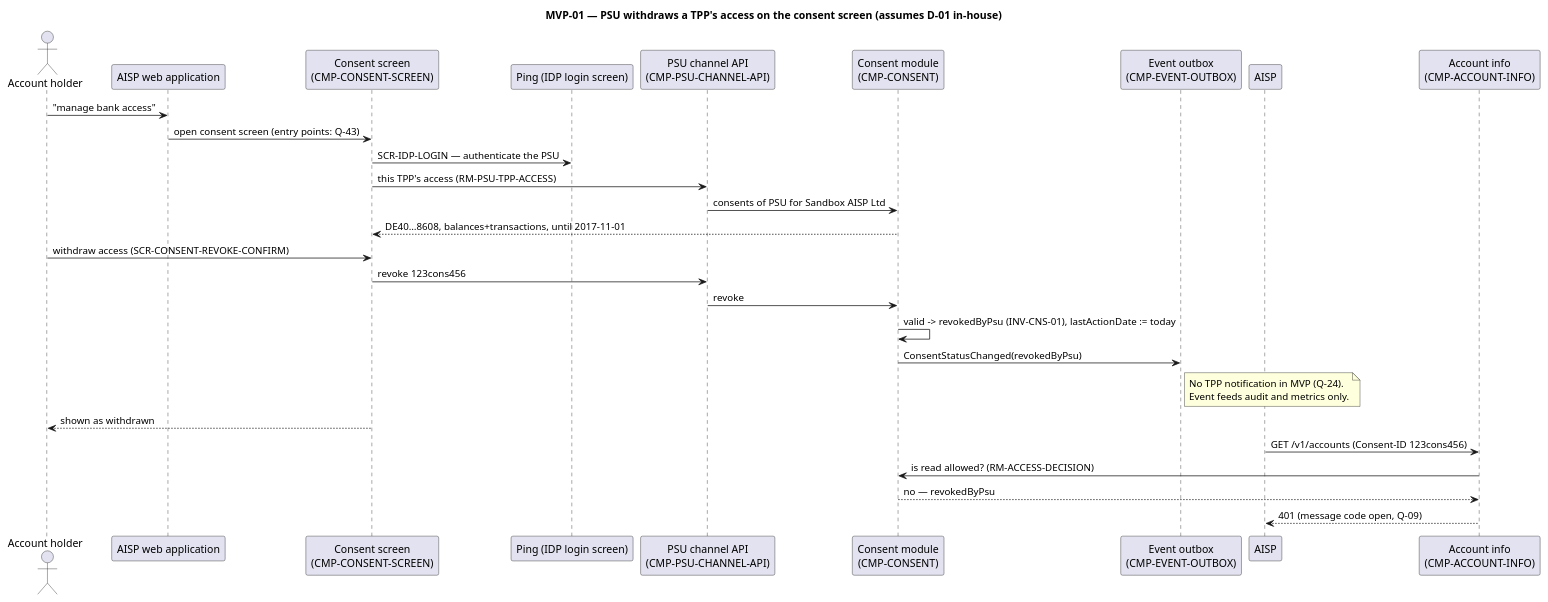
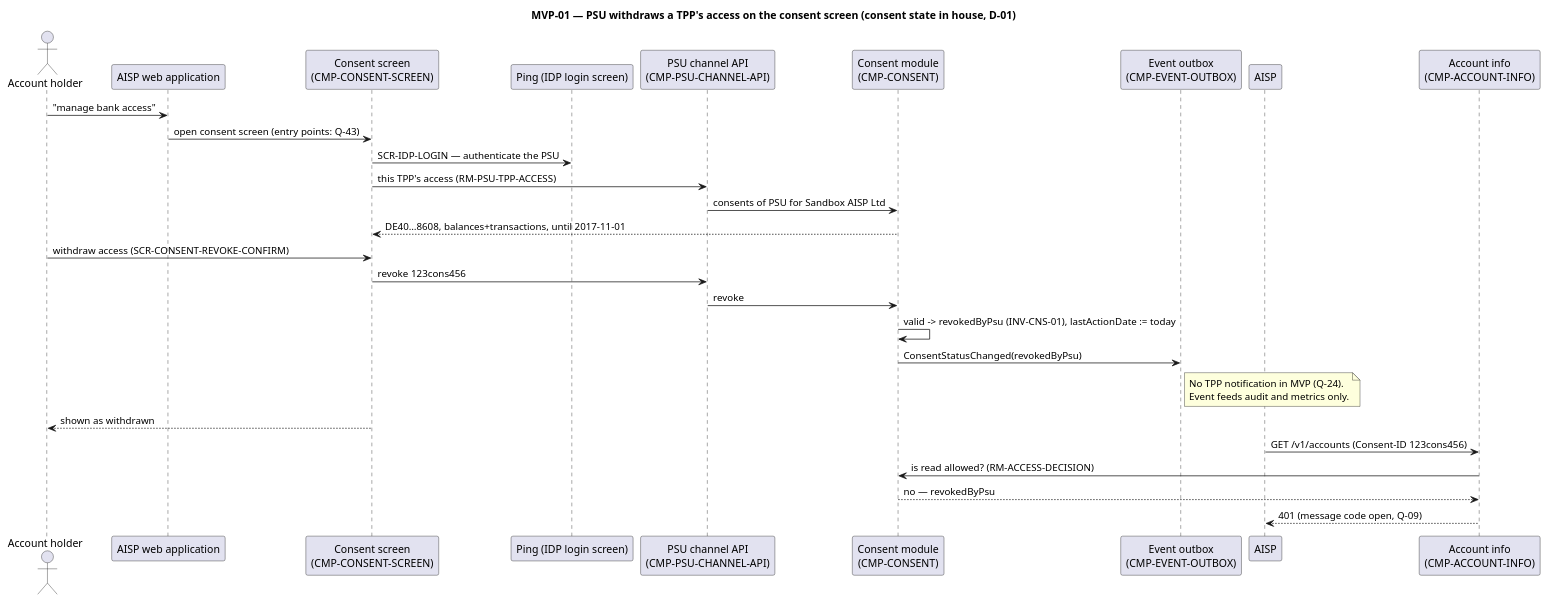
The diagram in docs/system/uml/sequence/mvp-psu-revoke.puml (vondacho/psd2-sandbox), drawn with PlantUML before and after one commit. The commit also changed 38 other files, not shown here.

```diff
--- a/docs/system/uml/sequence/mvp-psu-revoke.puml
+++ b/docs/system/uml/sequence/mvp-psu-revoke.puml
@@ -1,36 +1,36 @@
 @startuml mvp-psu-revoke
-' MVP-01: PSU withdraws a TPP's access on the consent screen. PROPOSAL, AI, 2026-09-19.
-' Iteration 4 (SRC-ADR 7ed3eb1): revocation happens on the consent screen in the web browser, after
-' the IDP login screen. Entry points are a proposal (Q-43); the provider is D-01 — shown in-house.
+' MVP-01: PSU withdraws a TPP's access on the consent screen, after the IDP login screen.
+' PROPOSAL, AI. Entry points are a proposal (Q-43); the screen is a Bank ASPSP surface (SRC-ADR)
+' and the consent state is drawn in house, which is the D-01 recommendation.
 ' Stories: STORY-PSU-REVOKE.
-title MVP-01 — PSU withdraws a TPP's access on the consent screen (assumes D-01 in-house)
+title MVP-01 — PSU withdraws a TPP's access on the consent screen (consent state in house, D-01)
 
 actor "Account holder" as PSU
 participant "AISP web application" as TPPW
 participant "Consent screen\n(CMP-CONSENT-SCREEN)" as CS
 participant "Ping (IDP login screen)" as IAM
 participant "PSU channel API\n(CMP-PSU-CHANNEL-API)" as CH
 participant "Consent module\n(CMP-CONSENT)" as CNS
 participant "Event outbox\n(CMP-EVENT-OUTBOX)" as OUT
 participant "AISP" as TPP
 participant "Account info\n(CMP-ACCOUNT-INFO)" as ACC
 
 PSU -> TPPW : "manage bank access"
 TPPW -> CS : open consent screen (entry points: Q-43)
 CS -> IAM : SCR-IDP-LOGIN — authenticate the PSU
 CS -> CH : this TPP's access (RM-PSU-TPP-ACCESS)
 CH -> CNS : consents of PSU for Sandbox AISP Ltd
 CNS --> CS : DE40…8608, balances+transactions, until 2017-11-01
 PSU -> CS : withdraw access (SCR-CONSENT-REVOKE-CONFIRM)
 CS -> CH : revoke 123cons456
 CH -> CNS : revoke
 CNS -> CNS : valid -> revokedByPsu (INV-CNS-01), lastActionDate := today
 CNS -> OUT : ConsentStatusChanged(revokedByPsu)
 note right of OUT : No TPP notification in MVP (Q-24).\nEvent feeds audit and metrics only.
 CS --> PSU : shown as withdrawn
 
 TPP -> ACC : GET /v1/accounts (Consent-ID 123cons456)
 ACC -> CNS : is read allowed? (RM-ACCESS-DECISION)
 CNS --> ACC : no — revokedByPsu
 ACC --> TPP : 401 (message code open, Q-09)
 @enduml
```
